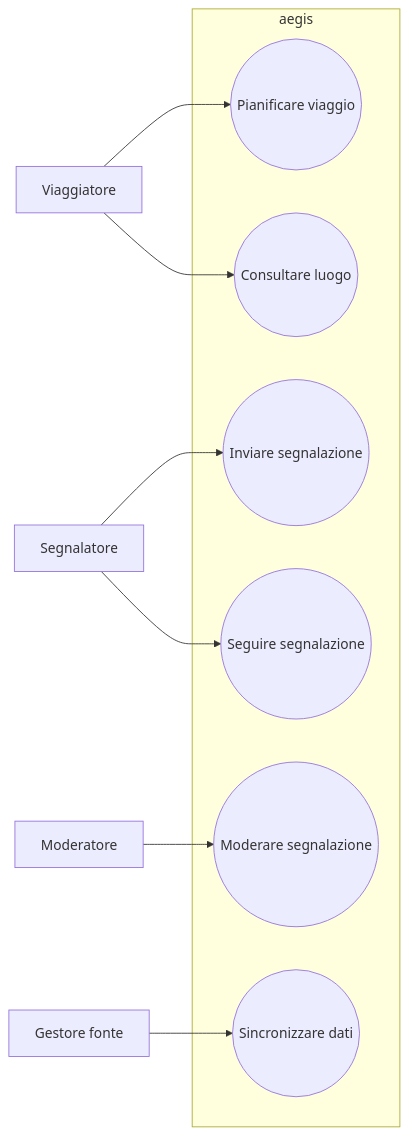
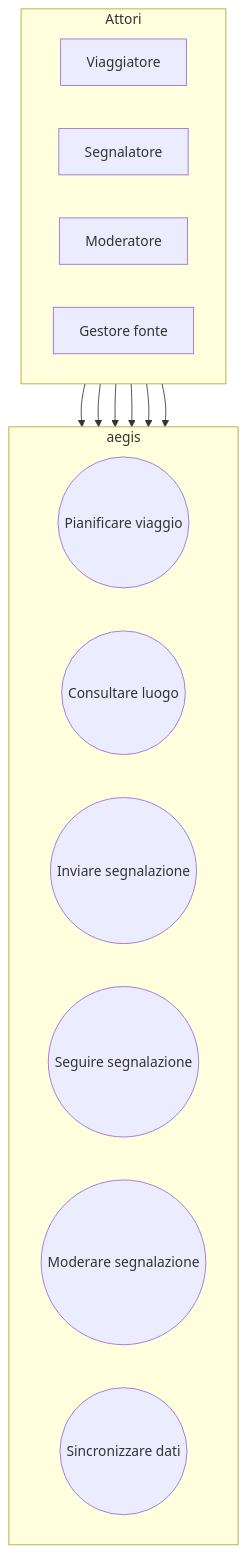
Before and after one commit to andreaplini/aegis: the first of 8 diagrams in docs/RAD.md, drawn with Mermaid. The commit also changed other lines of this file and 13 other files, not shown here.

Commit message:
docs: render accessible diagrams in DOCX exports

````diff
--- a/docs/RAD.md
+++ b/docs/RAD.md
@@ -147,21 +147,26 @@
 ```mermaid
-flowchart LR
-  V[Viaggiatore]
-  S[Segnalatore]
-  M[Moderatore]
-  G[Gestore fonte]
-  subgraph aegis
+flowchart TB
+  accDescr: Attori esterni collegati ai sei casi d'uso principali.
+  subgraph ACTORS[Attori]
+    direction LR
+    V[Viaggiatore]
+    S[Segnalatore]
+    M[Moderatore]
+    G[Gestore fonte]
+  end
+  subgraph SYSTEM[aegis]
+    direction LR
     P((Pianificare viaggio))
     L((Consultare luogo))
     R((Inviare segnalazione))
     T((Seguire segnalazione))
     Q((Moderare segnalazione))
     I((Sincronizzare dati))
   end
   V --> P
   V --> L
   S --> R
   S --> T
   M --> Q
   G --> I
 ```
````
